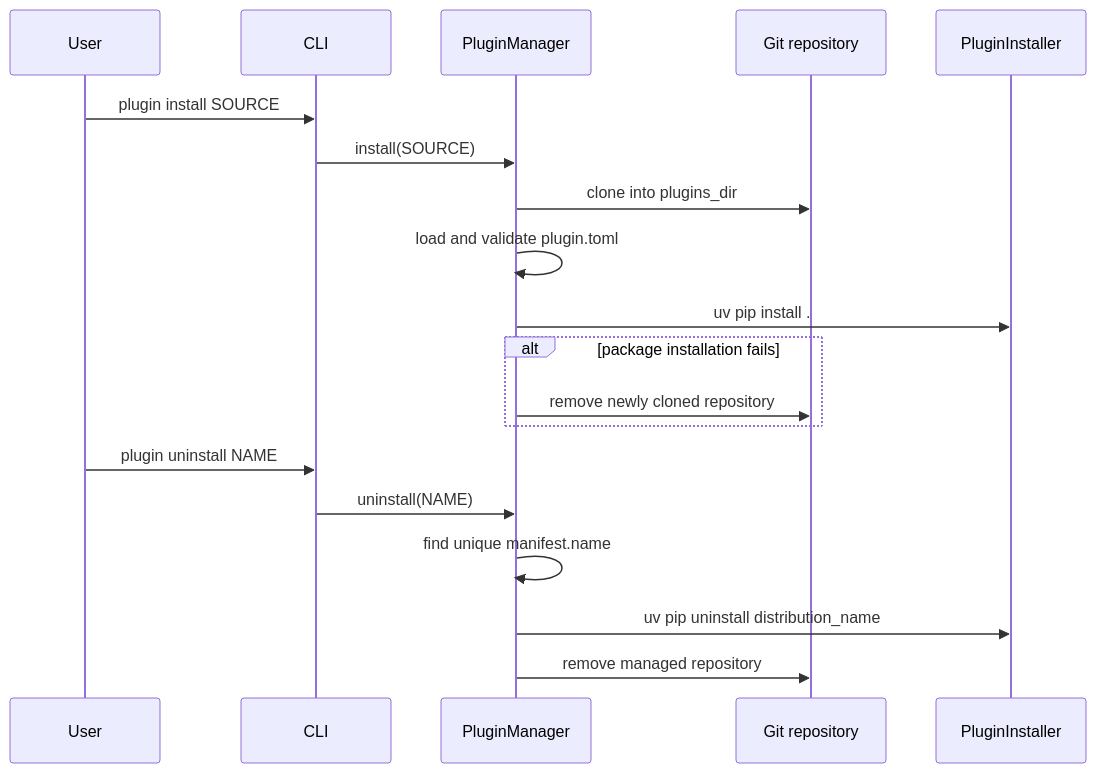
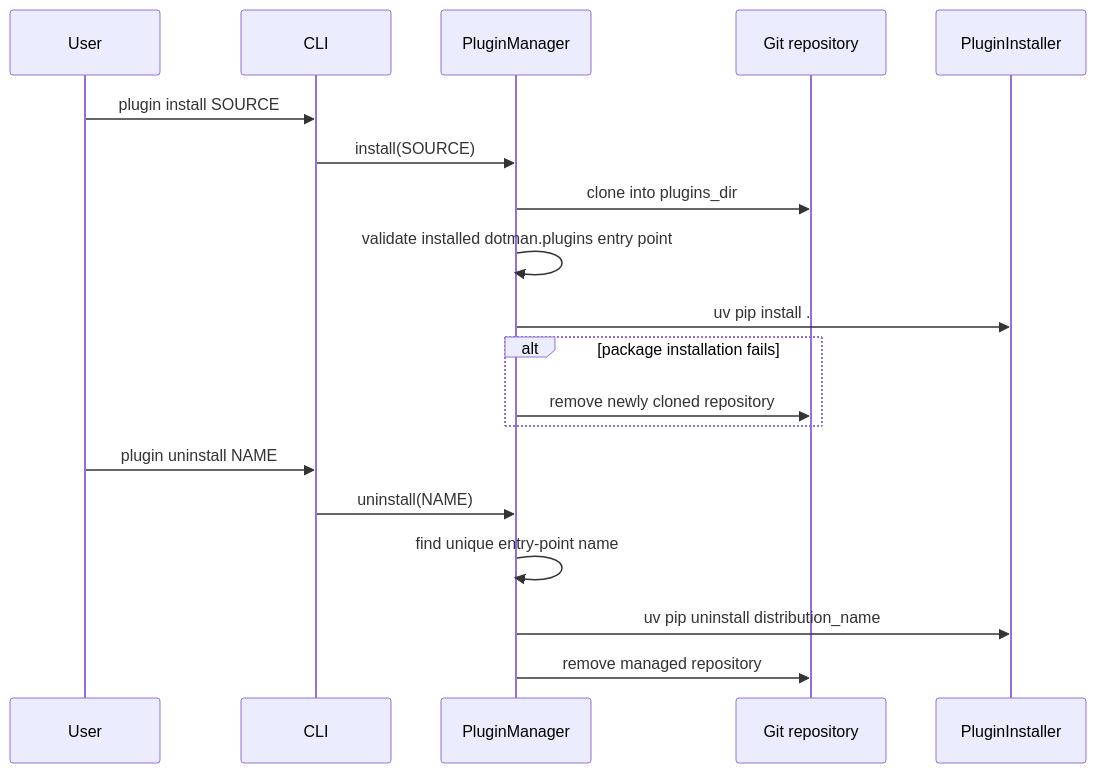
Before and after one commit to aditya-jodha/dotman: the second of 2 diagrams in ARCHITECTURE.md, drawn with Mermaid. The commit also changed other lines of this file and 24 other files, not shown here.

First line of the commit message:
feat(plugin): discover installed entry point plugins (#9)

````diff
--- a/ARCHITECTURE.md
+++ b/ARCHITECTURE.md
@@ -66,23 +66,23 @@
 ```mermaid
 sequenceDiagram
     participant U as User
     participant C as CLI
     participant M as PluginManager
     participant R as Git repository
     participant I as PluginInstaller
 
     U->>C: plugin install SOURCE
     C->>M: install(SOURCE)
     M->>R: clone into plugins_dir
-    M->>M: load and validate plugin.toml
+    M->>M: validate installed dotman.plugins entry point
     M->>I: uv pip install .
     alt package installation fails
         M->>R: remove newly cloned repository
     end
 
     U->>C: plugin uninstall NAME
     C->>M: uninstall(NAME)
-    M->>M: find unique manifest.name
+    M->>M: find unique entry-point name
     M->>I: uv pip uninstall distribution_name
     M->>R: remove managed repository
 ```
````
